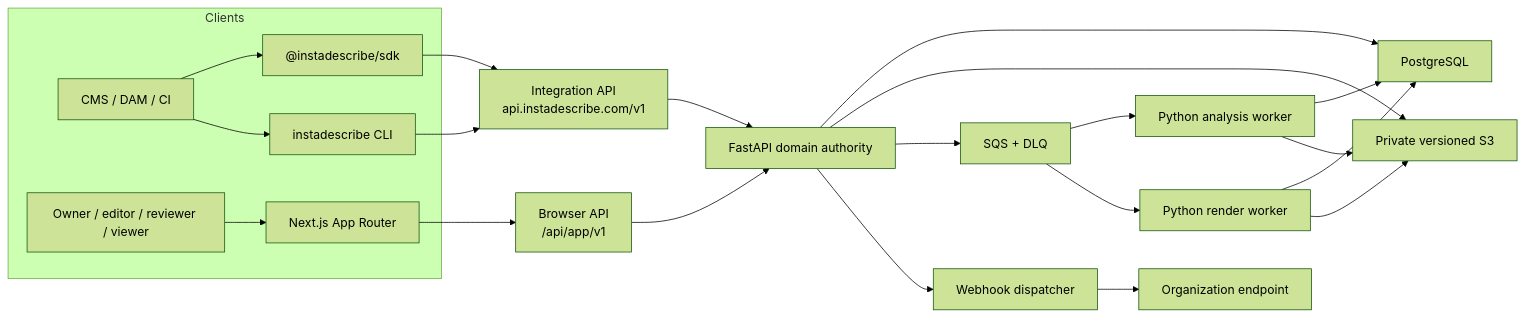
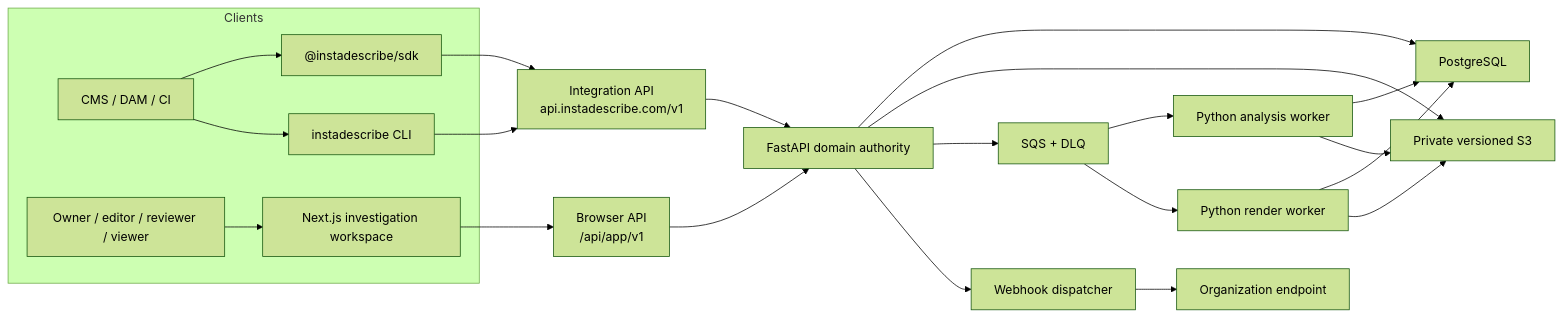
The first of 2 diagrams in docs/architecture.md (AndriiArtemenko3/instadescribe), drawn with Mermaid (forest theme) before and after one commit. The commit also changed other lines of this file and 47 other files, not shown here.

Commit message:
feat(app): add investigation workspace

````diff
--- a/docs/architecture.md
+++ b/docs/architecture.md
@@ -19,31 +20,31 @@
 ```mermaid
 flowchart LR
     subgraph Clients
         CMS["CMS / DAM / CI"]
         SDK["@instadescribe/sdk"]
         CLI["instadescribe CLI"]
         PERSON["Owner / editor / reviewer / viewer"]
-        WEB["Next.js App Router"]
+        WEB["Next.js investigation workspace"]
     end
 
     CMS --> SDK
     CMS --> CLI
     SDK --> INTEGRATION["Integration API<br/>api.instadescribe.com/v1"]
     CLI --> INTEGRATION
     PERSON --> WEB
     WEB --> APPAPI["Browser API<br/>/api/app/v1"]
 
     INTEGRATION --> FASTAPI["FastAPI domain authority"]
     APPAPI --> FASTAPI
     FASTAPI --> PG["PostgreSQL"]
     FASTAPI --> S3["Private versioned S3"]
     FASTAPI --> SQS["SQS + DLQ"]
     SQS --> ANALYSIS["Python analysis worker"]
     SQS --> RENDER["Python render worker"]
     ANALYSIS --> PG
     ANALYSIS --> S3
     RENDER --> PG
     RENDER --> S3
     FASTAPI --> DISPATCH["Webhook dispatcher"]
     DISPATCH --> RECEIVER["Organization endpoint"]
 ```
````
